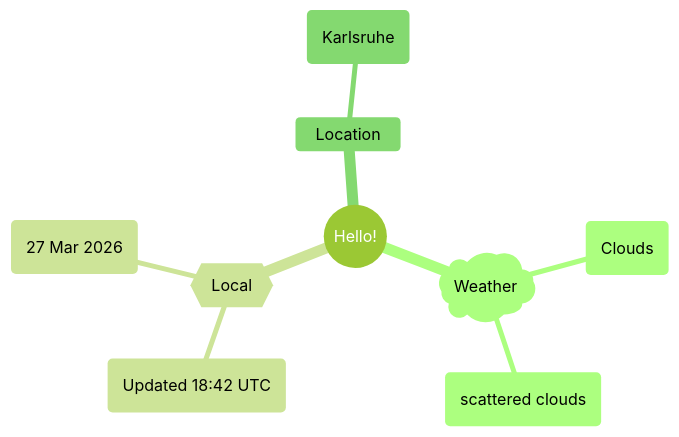
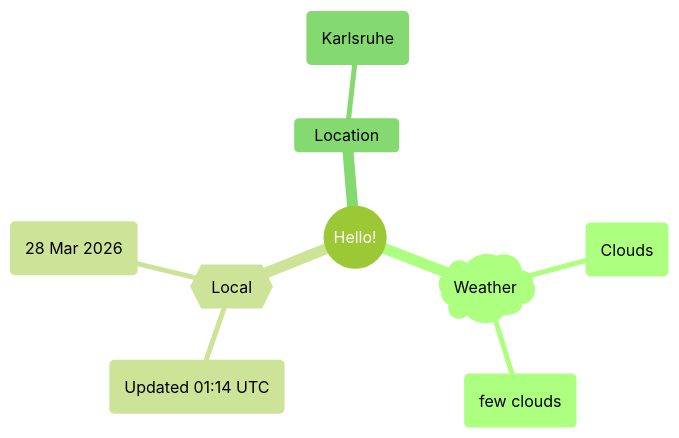
Before and after one commit to Xosrov/Xosrov: the first of 2 diagrams in README.md, drawn with Mermaid (forest theme).

Commit message:
[bot] updated images

````diff
--- a/README.md
+++ b/README.md
@@ -3,12 +3,12 @@
 ```mermaid
 mindmap
   root((Hello!))
     )Weather(
         (Clouds)
-        (scattered clouds)
+        (few clouds)
     {{Local}}
-        (Updated 18:42 UTC)
-        (27 Mar 2026)
+        (Updated 01:14 UTC)
+        (28 Mar 2026)
     Location
         (Karlsruhe)
 ```
````
